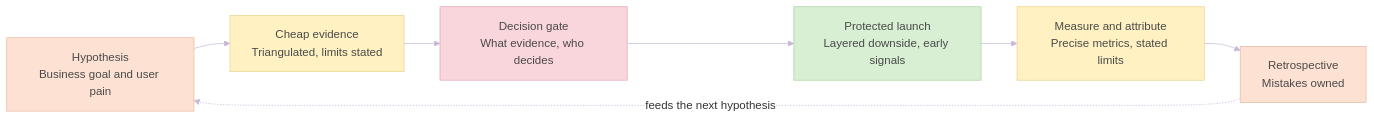
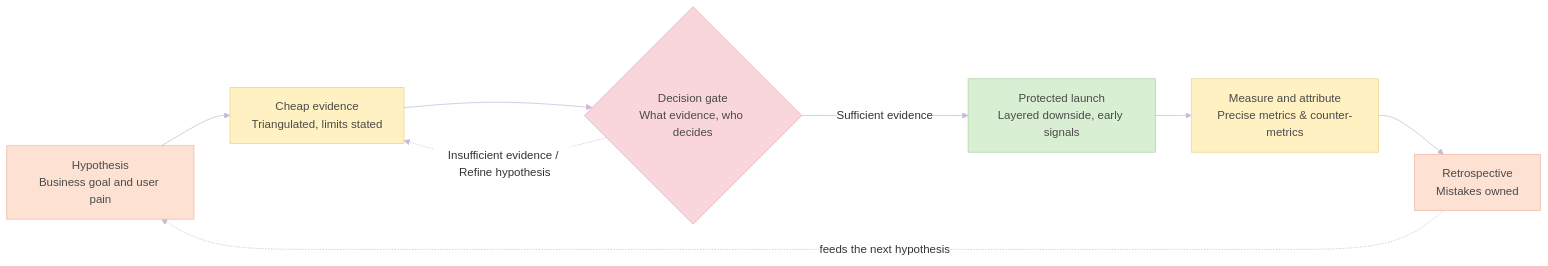
Before and after one commit to VictorFMR/pm-case-studies: the diagram in product-playbook.md, drawn with Mermaid.

````diff
--- a/product-playbook.md
+++ b/product-playbook.md
@@ -11,20 +11,21 @@
 ```mermaid
 %%{init: {'theme':'base','themeVariables':{'lineColor':'#C9B8D9','edgeLabelBackground':'#FFFFFF','textColor':'#7A7A7A'}}}%%
 flowchart LR
     H["Hypothesis<br/>Business goal and user pain"] --> E["Cheap evidence<br/>Triangulated, limits stated"]
-    E --> G["Decision gate<br/>What evidence, who decides"]
-    G --> L["Protected launch<br/>Layered downside, early signals"]
-    L --> M["Measure and attribute<br/>Precise metrics, stated limits"]
+    E --> G{"Decision gate<br/>What evidence, who decides"}
+    G -- "Sufficient evidence" --> L["Protected launch<br/>Layered downside, early signals"]
+    G -.->|"Insufficient evidence / Refine hypothesis"| E
+    L --> M["Measure and attribute<br/>Precise metrics & counter-metrics"]
     M --> R["Retrospective<br/>Mistakes owned"]
     R -.->|"feeds the next hypothesis"| H
     classDef peach fill:#FDE2D4,stroke:#EBB9A3,color:#4A4A4A
     classDef butter fill:#FFF1C1,stroke:#E8D58F,color:#4A4A4A
     classDef mint fill:#D8EFD3,stroke:#A9D3A0,color:#4A4A4A
     classDef rose fill:#F9D5DC,stroke:#E5A9B5,color:#4A4A4A
     class H peach
     class E butter
     class G rose
     class L mint
     class M butter
     class R peach
 ```
````
